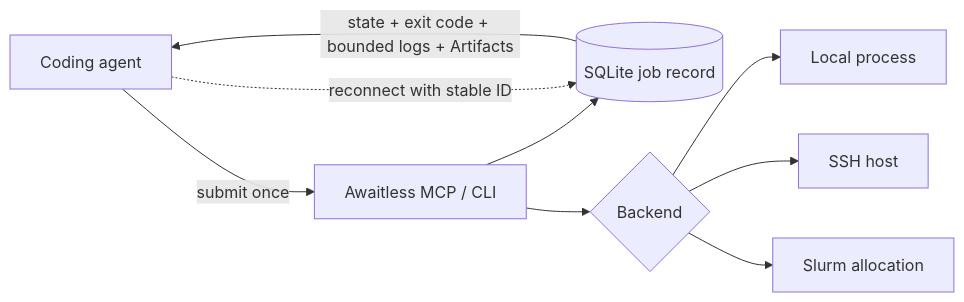
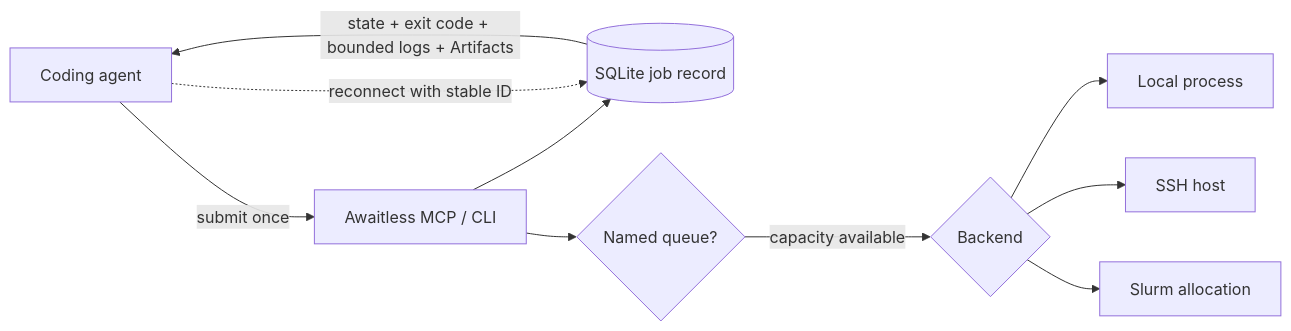
One commit to xpluspro/Awaitless changed the diagram in README.md. Above: the diagram before and after it, drawn with Mermaid. The commit also changed other lines of this file and 24 other files, not shown here.

````diff
--- a/README.md
+++ b/README.md
@@ -138,11 +157,12 @@
 ```mermaid
 flowchart LR
     A["Coding agent"] -->|"submit once"| B["Awaitless MCP / CLI"]
     B --> C[("SQLite job record")]
-    B --> D{"Backend"}
+    B --> Q{"Named queue?"}
+    Q -->|"capacity available"| D{"Backend"}
     D --> L["Local process"]
     D --> S["SSH host"]
     D --> H["Slurm allocation"]
     A -. "reconnect with stable ID" .-> C
     C -->|"state + exit code + bounded logs + Artifacts"| A
 ```
````
